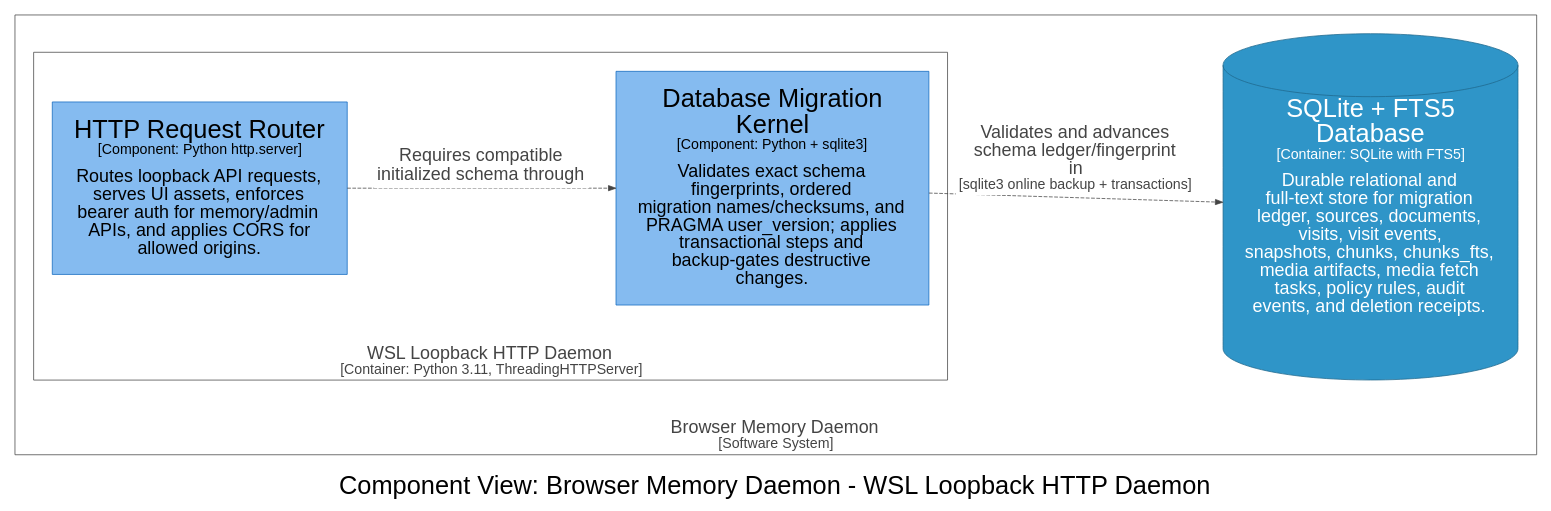
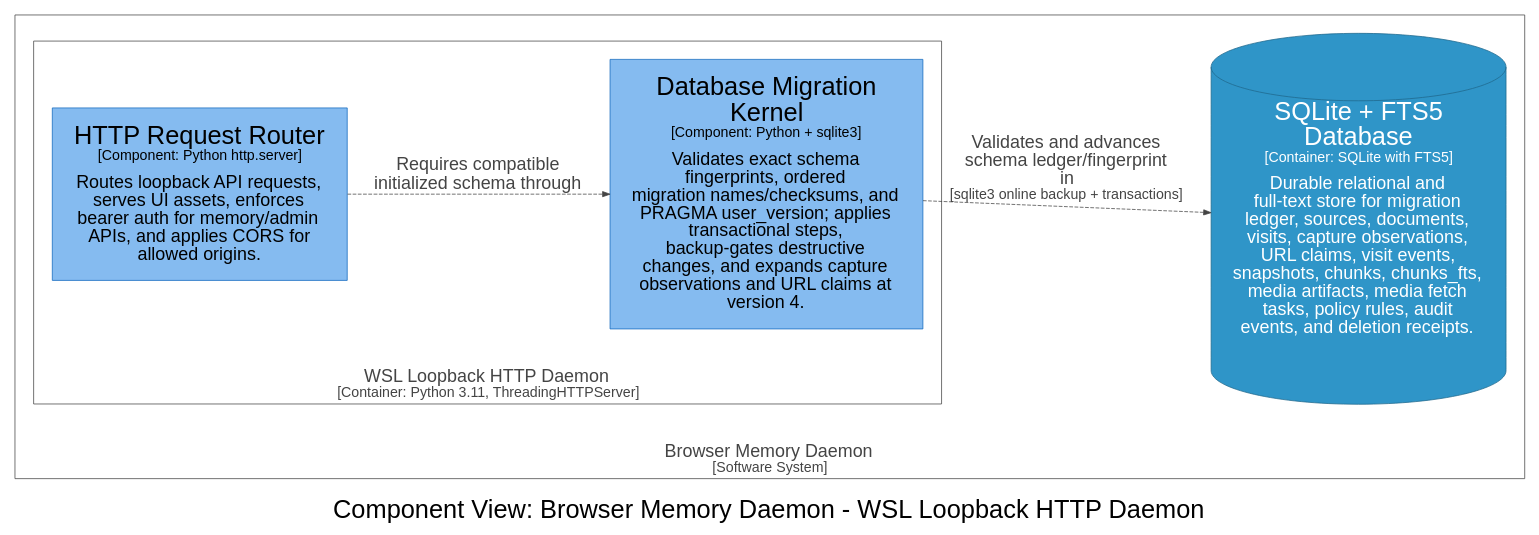
One commit to michaelnicks0/browser-memory-daemon changed the diagram in docs/architecture/diagrams/dot/structurizr-DaemonMigrationComponents.dot. Above: the diagram before and after it, drawn with Graphviz. The commit also changed 162 other files, not shown here.

Commit message:
feat(model): add capture observations and URL claims

```diff
--- a/docs/architecture/diagrams/dot/structurizr-DaemonMigrationComponents.dot
+++ b/docs/architecture/diagrams/dot/structurizr-DaemonMigrationComponents.dot
@@ -1,34 +1,34 @@
 digraph {
   compound=true
   graph [fontname="Arial", rankdir=LR, ranksep=1.0, nodesep=1.0]
   node [fontname="Arial", shape=box, margin="0.4,0.3"]
   edge [fontname="Arial"]
   label=<<br /><font point-size="34">Component View: Browser Memory Daemon - WSL Loopback HTTP Daemon</font>>
 
   subgraph cluster_4 {
     margin=25
     label=<<font point-size="24"><br />Browser Memory Daemon</font><br /><font point-size="19">[Software System]</font>>
     labelloc=b
     color="#444444"
     fontcolor="#444444"
     fillcolor="#444444"
 
     subgraph cluster_14 {
       margin=25
       label=<<font point-size="24"><br />WSL Loopback HTTP Daemon</font><br /><font point-size="19">[Container: Python 3.11, ThreadingHTTPServer]</font>>
       labelloc=b
       color="#444444"
       fontcolor="#444444"
       fillcolor="#444444"
 
       15 [id=15,shape=rect, label=<<font point-size="34">HTTP Request Router</font><br /><font point-size="19">[Component: Python http.server]</font><br /><br /><font point-size="24">Routes loopback API requests,<br />serves UI assets, enforces<br />bearer auth for memory/admin<br />APIs, and applies CORS for<br />allowed origins.</font>>, style=filled, color="#1168bd", fillcolor="#85bbf0", fontcolor="#000000"]
-      16 [id=16,shape=rect, label=<<font point-size="34">Database Migration<br />Kernel</font><br /><font point-size="19">[Component: Python + sqlite3]</font><br /><br /><font point-size="24">Validates exact schema<br />fingerprints, ordered<br />migration names/checksums, and<br />PRAGMA user_version; applies<br />transactional steps and<br />backup-gates destructive<br />changes.</font>>, style=filled, color="#1168bd", fillcolor="#85bbf0", fontcolor="#000000"]
+      16 [id=16,shape=rect, label=<<font point-size="34">Database Migration<br />Kernel</font><br /><font point-size="19">[Component: Python + sqlite3]</font><br /><br /><font point-size="24">Validates exact schema<br />fingerprints, ordered<br />migration names/checksums, and<br />PRAGMA user_version; applies<br />transactional steps,<br />backup-gates destructive<br />changes, and expands capture<br />observations and URL claims at<br />version 4.</font>>, style=filled, color="#1168bd", fillcolor="#85bbf0", fontcolor="#000000"]
     }
 
-    28 [id=28,shape=cylinder, label=<<font point-size="34">SQLite + FTS5<br />Database</font><br /><font point-size="19">[Container: SQLite with FTS5]</font><br /><br /><font point-size="24">Durable relational and<br />full-text store for migration<br />ledger, sources, documents,<br />visits, visit events,<br />snapshots, chunks, chunks_fts,<br />media artifacts, media fetch<br />tasks, policy rules, audit<br />events, and deletion receipts.</font>>, style=filled, color="#20688c", fillcolor="#2f95c8", fontcolor="#ffffff"]
+    28 [id=28,shape=cylinder, label=<<font point-size="34">SQLite + FTS5<br />Database</font><br /><font point-size="19">[Container: SQLite with FTS5]</font><br /><br /><font point-size="24">Durable relational and<br />full-text store for migration<br />ledger, sources, documents,<br />visits, capture observations,<br />URL claims, visit events,<br />snapshots, chunks, chunks_fts,<br />media artifacts, media fetch<br />tasks, policy rules, audit<br />events, and deletion receipts.</font>>, style=filled, color="#20688c", fillcolor="#2f95c8", fontcolor="#ffffff"]
   }
 
-  15 -> 16 [id=63, label=<<TABLE BORDER="0" CELLBORDER="0" CELLSPACING="0" CELLPADDING="4" BGCOLOR="white"><TR><TD><font point-size="24">Requires compatible<br />initialized schema through</font></TD></TR></TABLE>>, style="dashed", color="#444444", fontcolor="#444444"]
-  16 -> 28 [id=87, label=<<TABLE BORDER="0" CELLBORDER="0" CELLSPACING="0" CELLPADDING="4" BGCOLOR="white"><TR><TD><font point-size="24">Validates and advances<br />schema ledger/fingerprint<br />in</font><br /><font point-size="19">[sqlite3 online backup + transactions]</font></TD></TR></TABLE>>, style="dashed", color="#444444", fontcolor="#444444"]
+  15 -> 16 [id=63, label=<<font point-size="24">Requires compatible<br />initialized schema through</font>>, style="dashed", color="#444444", fontcolor="#444444"]
+  16 -> 28 [id=87, label=<<font point-size="24">Validates and advances<br />schema ledger/fingerprint<br />in</font><br /><font point-size="19">[sqlite3 online backup + transactions]</font>>, style="dashed", color="#444444", fontcolor="#444444"]
 
 }
```
